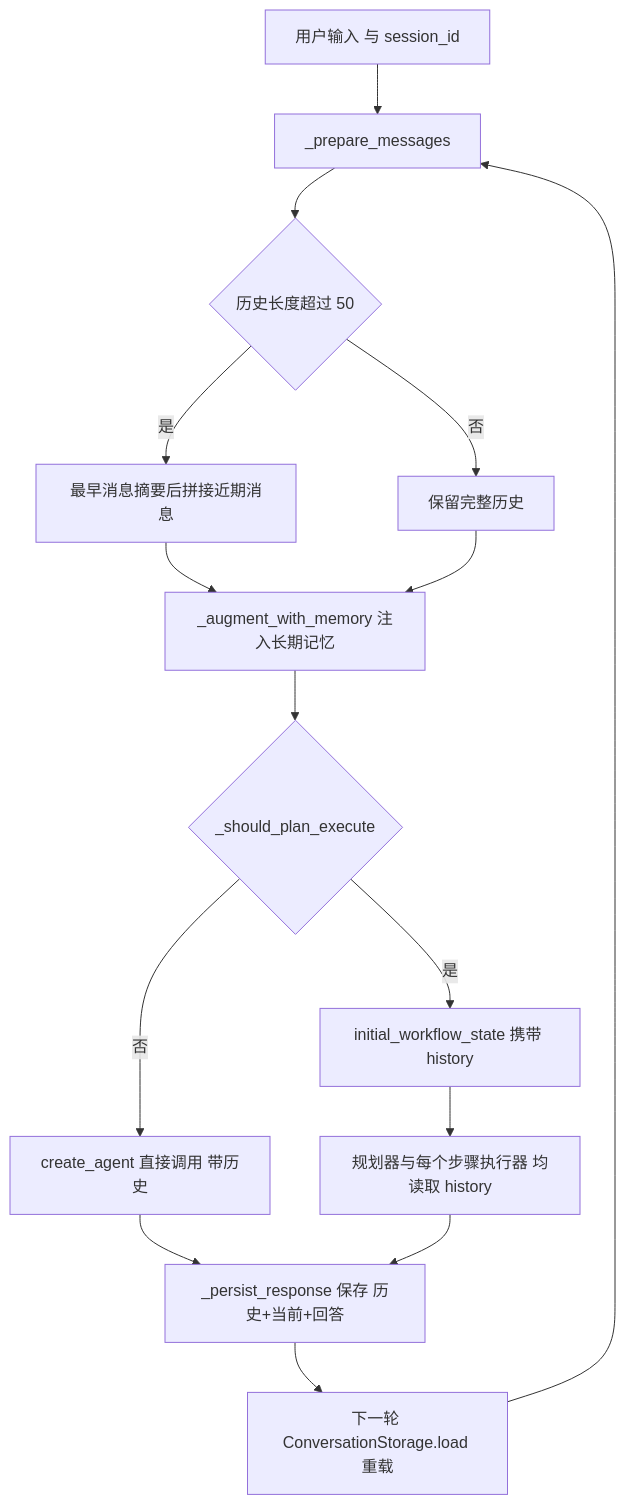
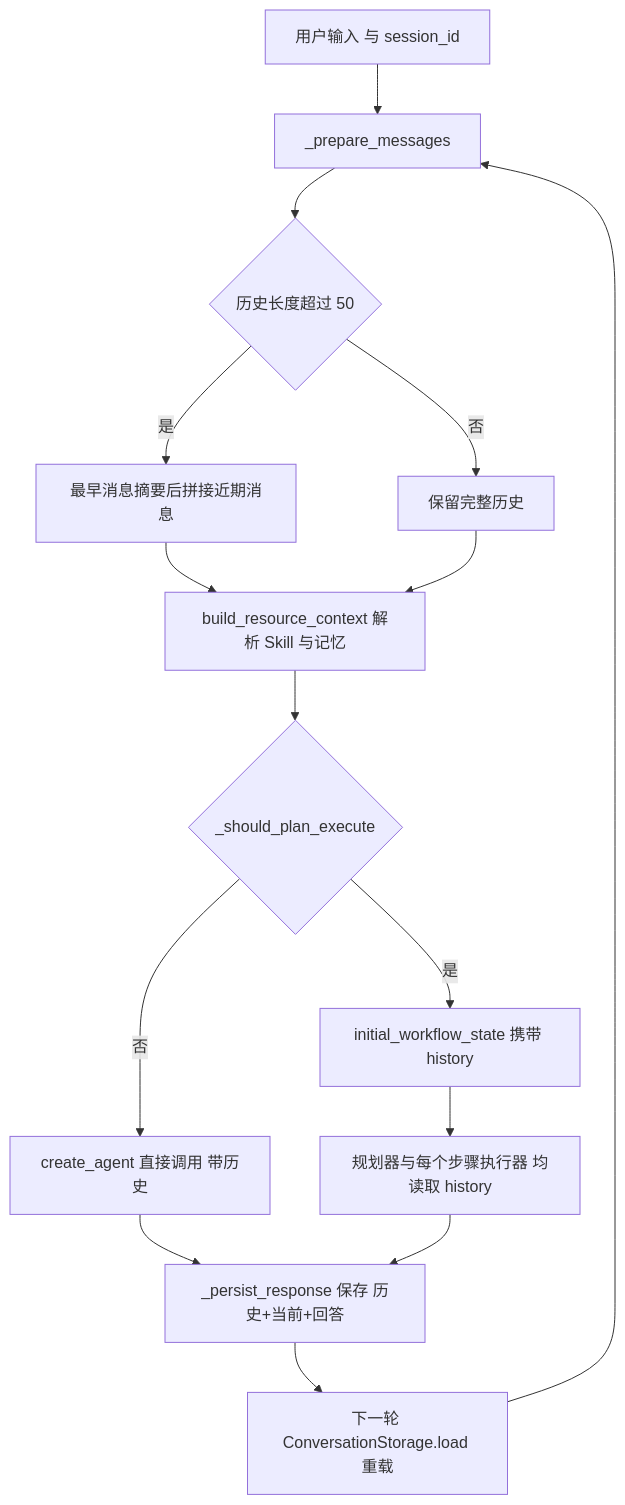
Before and after one commit to ichliebewxy/Agent_Console: the fourth of 4 diagrams in README.md, drawn with Mermaid. The commit also changed other lines of this file and 5 other files, not shown here.

Commit message:
Add session resource and scoped Memory controls to UI

````diff
--- a/README.md
+++ b/README.md
@@ -235,17 +257,17 @@
 ```mermaid
 flowchart TD
     A[用户输入 与 session_id] --> B[_prepare_messages]
     B --> C{历史长度超过 50}
     C -->|是| D[最早消息摘要后拼接近期消息]
     C -->|否| E[保留完整历史]
-    D --> F[_augment_with_memory 注入长期记忆]
+    D --> F[build_resource_context 解析 Skill 与记忆]
     E --> F
     F --> G{_should_plan_execute}
     G -->|否| H[create_agent 直接调用 带历史]
     G -->|是| I[initial_workflow_state 携带 history]
     I --> J[规划器与每个步骤执行器 均读取 history]
     H --> K[_persist_response 保存 历史+当前+回答]
     J --> K
     K --> L[下一轮 ConversationStorage.load 重载]
     L --> B
 ```
````
